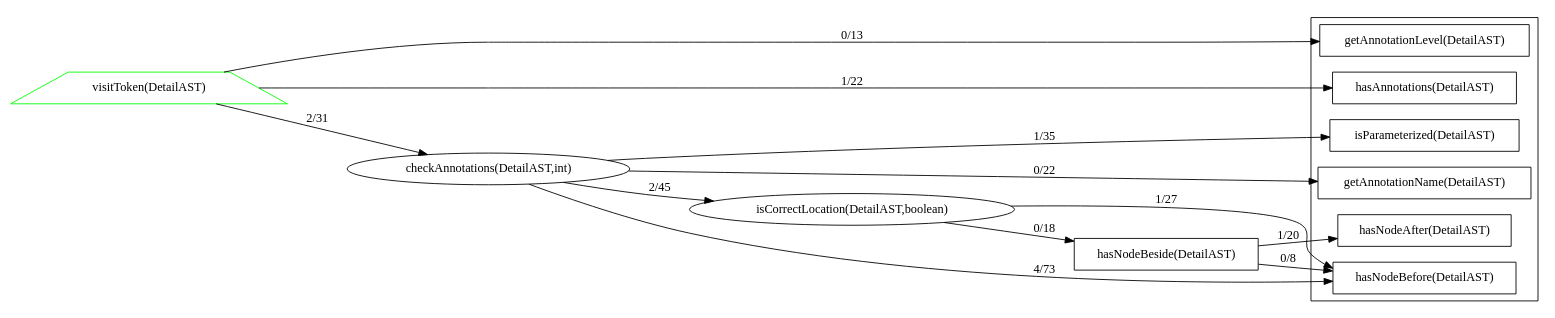
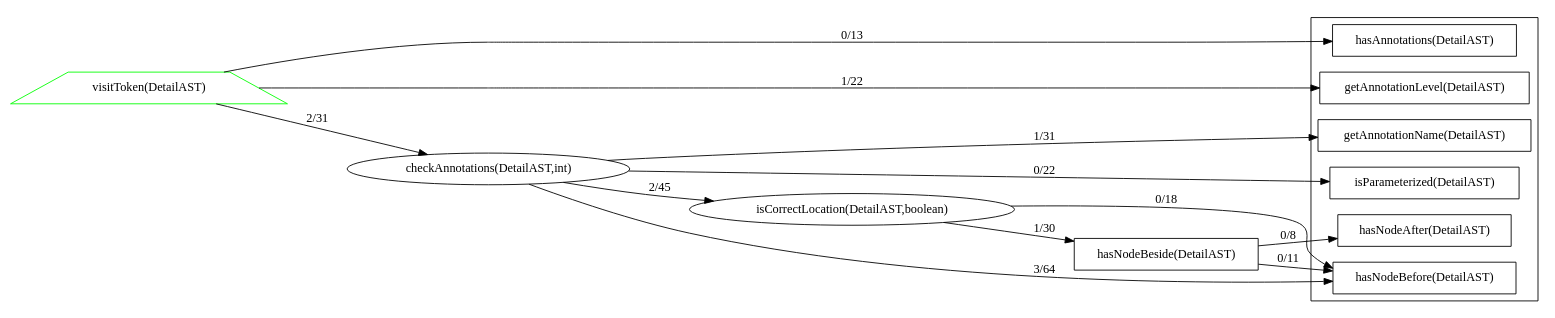
The diagram in dot/after_AnnotationLocationCheck.java.dot (alex-zuy/alex-zuy.github.io), drawn with Graphviz before and after one commit. The commit also changed 1 other file, not shown here.

```diff
--- a/dot/after_AnnotationLocationCheck.java.dot
+++ b/dot/after_AnnotationLocationCheck.java.dot
@@ -1,40 +1,40 @@
 digraph dependencies {
 rankdir = "LR";
 subgraph clustersimple {
-"isParameterized(DetailAST)" [ color="#000000ff" shape="polygon" ];
+"getAnnotationName(DetailAST)" [ color="#000000ff" shape="polygon" ];
 "hasNodeBefore(DetailAST)" [ color="#000000ff" shape="polygon" ];
 "hasNodeAfter(DetailAST)" [ color="#000000ff" shape="polygon" ];
+"hasAnnotations(DetailAST)" [ color="#000000ff" shape="polygon" ];
 "getAnnotationLevel(DetailAST)" [ color="#000000ff" shape="polygon" ];
-"hasAnnotations(DetailAST)" [ color="#000000ff" shape="polygon" ];
-"getAnnotationName(DetailAST)" [ color="#000000ff" shape="polygon" ];
+"isParameterized(DetailAST)" [ color="#000000ff" shape="polygon" ];
 }
 "isCorrectLocation(DetailAST,boolean)" [ color="#000000ff" ];
 "hasNodeBeside(DetailAST)" [ color="#000000ff" shape="polygon" ];
 "visitToken(DetailAST)" [ color="#00ff00ff" shape="trapezium" ];
 "checkAnnotations(DetailAST,int)" [ color="#000000ff" ];
-"isCorrectLocation(DetailAST,boolean)" -> "hasNodeBeside(DetailAST)" [ label="0/18" ];
-"isCorrectLocation(DetailAST,boolean)" -> "hasNodeBefore(DetailAST)" [ label="1/27" ];
-"hasNodeBeside(DetailAST)" -> "hasNodeBefore(DetailAST)" [ label="0/8" ];
-"hasNodeBeside(DetailAST)" -> "hasNodeAfter(DetailAST)" [ label="1/20" ];
-"visitToken(DetailAST)" -> "getAnnotationLevel(DetailAST)" [ label="0/13" ];
-"visitToken(DetailAST)" -> "hasAnnotations(DetailAST)" [ label="1/22" ];
+"isCorrectLocation(DetailAST,boolean)" -> "hasNodeBefore(DetailAST)" [ label="0/18" ];
+"isCorrectLocation(DetailAST,boolean)" -> "hasNodeBeside(DetailAST)" [ label="1/30" ];
+"hasNodeBeside(DetailAST)" -> "hasNodeBefore(DetailAST)" [ label="0/11" ];
+"hasNodeBeside(DetailAST)" -> "hasNodeAfter(DetailAST)" [ label="0/8" ];
+"visitToken(DetailAST)" -> "hasAnnotations(DetailAST)" [ label="0/13" ];
+"visitToken(DetailAST)" -> "getAnnotationLevel(DetailAST)" [ label="1/22" ];
 "visitToken(DetailAST)" -> "checkAnnotations(DetailAST,int)" [ label="2/31" ];
-"checkAnnotations(DetailAST,int)" -> "isParameterized(DetailAST)" [ label="1/35" ];
+"checkAnnotations(DetailAST,int)" -> "getAnnotationName(DetailAST)" [ label="1/31" ];
 "checkAnnotations(DetailAST,int)" -> "isCorrectLocation(DetailAST,boolean)" [ label="2/45" ];
-"checkAnnotations(DetailAST,int)" -> "hasNodeBefore(DetailAST)" [ label="4/73" ];
-"checkAnnotations(DetailAST,int)" -> "getAnnotationName(DetailAST)" [ label="0/22" ];
+"checkAnnotations(DetailAST,int)" -> "hasNodeBefore(DetailAST)" [ label="3/64" ];
+"checkAnnotations(DetailAST,int)" -> "isParameterized(DetailAST)" [ label="0/22" ];
 /*
 Legend
 Node border color:
     a) GREEN - public
     b) YELLOW - protected
     c) BLACK - private
     d) BLUE - default
 Node shape:
     if static - rectangle
     otherwise if override - trapezium
     otherwise if overloaded - triangle
     otherwise ellipse
 
 */
 }
```
